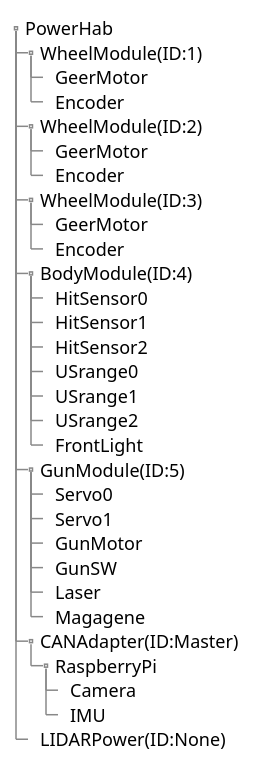
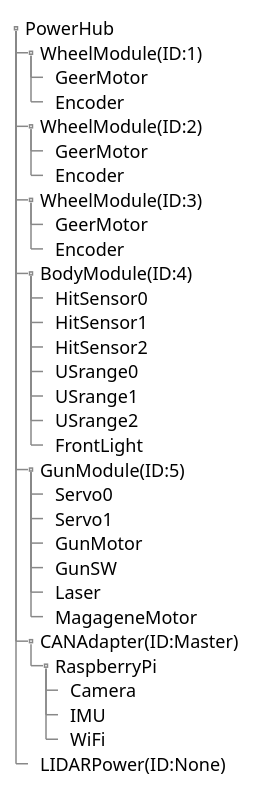
The third of 3 diagrams in s4_description/resources/Design.md (eriac/srs004_ros), drawn with PlantUML before and after one commit. The commit also changed other lines of this file and 46 other files, not shown here.

````diff
--- a/s4_description/resources/Design.md
+++ b/s4_description/resources/Design.md
@@ -143,37 +168,38 @@
 ```plantuml
 salt
 {
   {T
-    + PowerHab
+    + PowerHub
     ++ WheelModule(ID:1)
     +++ GeerMotor
     +++ Encoder
     ++ WheelModule(ID:2)
     +++ GeerMotor
     +++ Encoder
     ++ WheelModule(ID:3)
     +++ GeerMotor
     +++ Encoder
     ++ BodyModule(ID:4)
     +++ HitSensor0
     +++ HitSensor1
     +++ HitSensor2
     +++ USrange0
     +++ USrange1
     +++ USrange2
     +++ FrontLight
     ++ GunModule(ID:5)
     +++ Servo0
     +++ Servo1
     +++ GunMotor
     +++ GunSW
     +++ Laser
-    +++ Magagene
+    +++ MagageneMotor
     ++ CANAdapter(ID:Master)
     +++ RaspberryPi
     ++++ Camera
     ++++ IMU
+    ++++ WiFi
     ++ LIDARPower(ID:None)
   }
 }
 ```
````
